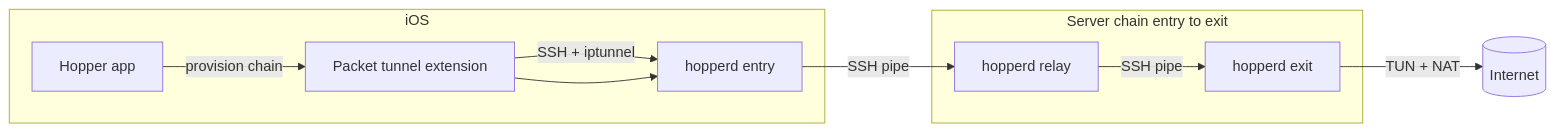
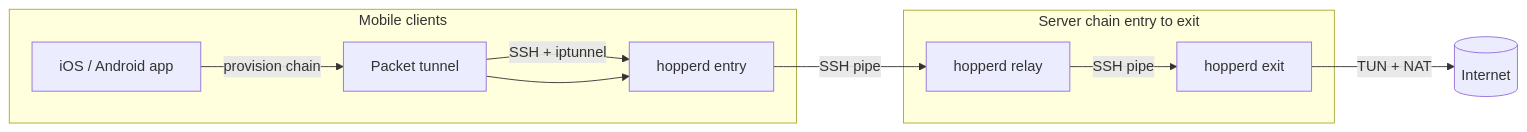
The diagram in README.md (SilentBob347/hopper), drawn with Mermaid before and after one commit. The commit also changed other lines of this file and 75 other files, not shown here.

Commit message:
Android app and ability to share configs via QR codes

````diff
--- a/README.md
+++ b/README.md
@@ -33,20 +33,20 @@
 ```mermaid
 flowchart LR
-  subgraph ios [iOS]
-    App[Hopper app]
-    Ext[Packet tunnel extension]
-    App -->|provision chain| Ext
-    Ext -->|SSH + iptunnel| Entry
+  subgraph clients [Mobile clients]
+    App[iOS / Android app]
+    Tunnel[Packet tunnel]
+    App -->|provision chain| Tunnel
+    Tunnel -->|SSH + iptunnel| Entry
   end
 
   subgraph chain [Server chain entry to exit]
     Entry[hopperd entry]
     Relay[hopperd relay]
     Exit[hopperd exit]
     Entry -->|SSH pipe| Relay
     Relay -->|SSH pipe| Exit
   end
 
-  Ext --> Entry
+  Tunnel --> Entry
   Exit -->|TUN + NAT| Internet[(Internet)]
 ```
````
